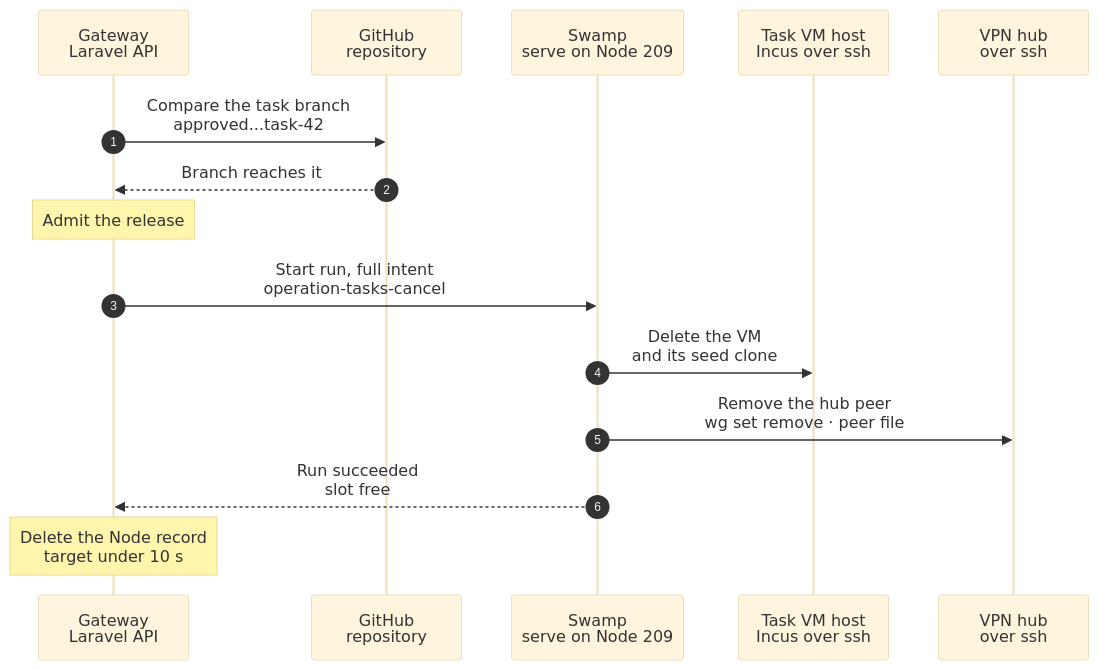
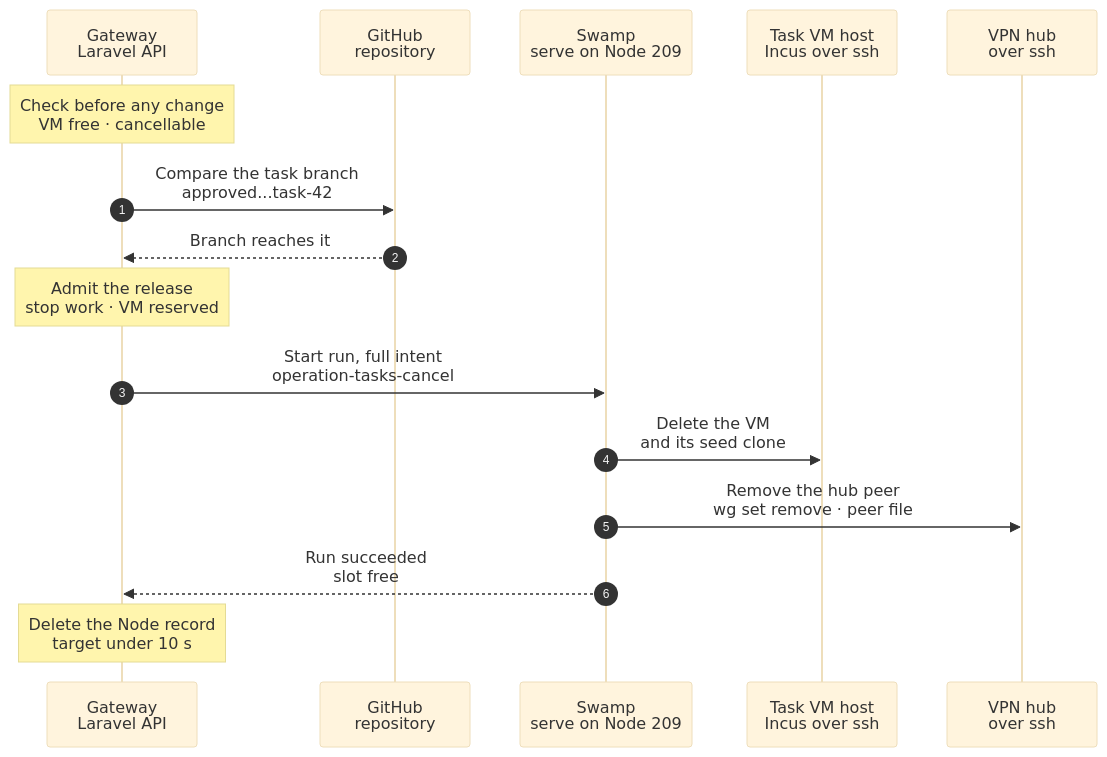
Before and after one commit to hardimpactdev/orbit: the diagram in docs/cli/tasks/cancel.mmd, drawn with Mermaid (base theme). The commit also changed 11 other files, not shown here.

First line of the commit message:
Approved-work check reads contents with a contents:read token and fails closed; cancel shares the locked release admission

```diff
--- a/docs/cli/tasks/cancel.mmd
+++ b/docs/cli/tasks/cancel.mmd
@@ -1,40 +1,48 @@
 sequenceDiagram
   %% Target design (agreed with Nick, 2026-11-07): a task VM and its identity are disposable; the release frees the slot. Orchestrator 2026-11-08: keeping approved work is a precondition of the cancel, not a step of it.
   %% status: draft
   %% command: tasks:cancel
   %% kind: tasks.cancel
   autonumber
   %% lane GW icon=gateway pill=intent tone=blue
   %% lane GH icon=server pill=target tone=purple
   %% lane SW icon=workflow pill=executes tone=green
   %% lane H icon=server pill=target tone=amber
   %% lane HUB icon=server pill=target tone=purple
   participant GW as Gateway<br/>Laravel API
   participant GH as GitHub<br/>repository
   participant SW as Swamp<br/>serve on Node 209
   participant H as Task VM host<br/>Incus over ssh
   participant HUB as VPN hub<br/>over ssh
+  Note over GW: Check before any change<br/>VM free · cancellable
+  %%> Requirements:
+  %%> - no Operation is open on the group's task VM, such as a resume or an earlier release; otherwise HTTP 409 `operation.target_busy`, naming it
+  %%> - the group is cancellable; otherwise `tasks.not_cancellable`
+  %%> - every refusal here and in the next step comes before the cancel stops running work, so a refused cancel changes nothing
   GW->>GH: Compare the task branch<br/>approved...task-42
   %%> What it does:
   %%> - resolves the group's latest approved commit: the latest commit Orbit reviewed (ADR 0203), or else the commit of the latest approval
-  %%> - asks GitHub, read-only, whether origin's task branch reaches it; after GitHub deleted the branch of a merged pull request, that pull request's head stands in for it
+  %%> - reads origin's task branch head and compares it with that commit, with a `contents: read` token
+  %%> - only when GitHub answers that the branch does not exist (404) and the group's pull request merged does that pull request's head stand in; the pull request is read with a `pull_requests: read` token
   %%> - skipped when the group has no approval, or holds no workspace and no task VM
   GH-->>GW: Branch reaches it
   %%> Result:
   %%> - otherwise the cancel refuses with HTTP 409 `tasks.approved_work_unpublished`, names the commit and the branch, and admits nothing: run `tasks:publish` first, which resumes a parked VM
-  %%> - a GitHub read that fails refuses the same way
-  Note over GW: Admit the release
+  %%> - every other outcome refuses the same way: a GitHub read that fails, a branch that is gone without a merged pull request
+  Note over GW: Admit the release<br/>stop work · VM reserved
+  %%> What it does:
+  %%> - stops the group's running work, then, in one transaction, locks and re-reads the VM, refuses if an Operation opened on it meanwhile, and marks it `releasing`, so no later resume starts it
   %%> Result:
   %%> - the run carries only the release; it pushes nothing and never starts a parked VM
   GW->>SW: Start run, full intent<br/>operation-tasks-cancel
   SW->>H: Delete the VM<br/>and its seed clone
   %%> What it does:
   %%> - one host phase: `incus delete --force`, the seed clone and the identity volume; a few seconds
   SW->>HUB: Remove the hub peer<br/>wg set remove · peer file
   %%> Runs beside the step before it: Swamp starts both at once.
   %%> What it does:
   %%> - the VM's peer leaves the WireGuard hub; the Pi token goes with the VM. There is no model key to revoke: the fixed key stays with the guard, for every other VM
   SW-->>GW: Run succeeded<br/>slot free
   Note over GW: Delete the Node record<br/>target under 10 s
   %%> Result:
   %%> - the Node, its role and its Process go; the slot number is free for the next task start
```
